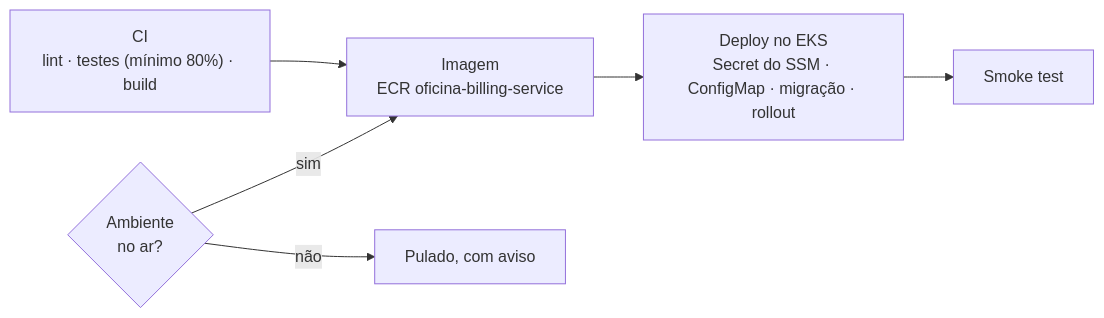
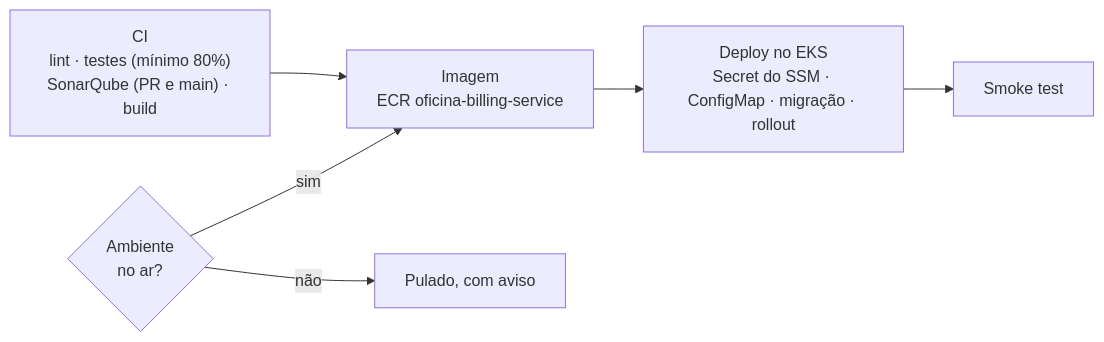
The fourth of 4 diagrams in README.md (fiap-soat-oficina-tech-challenge/oficina-billing-service), drawn with Mermaid before and after one commit. The commit also changed other lines of this file and 1 other file, not shown here.

First line of the commit message:
docs: evidência de cobertura e SonarQube Cloud no README

````diff
--- a/README.md
+++ b/README.md
@@ -366,14 +377,14 @@
 ```mermaid
 flowchart LR
-    CI["CI<br/>lint · testes (mínimo 80%) · build"]
+    CI["CI<br/>lint · testes (mínimo 80%)<br/>SonarQube (PR e main) · build"]
     AMB{"Ambiente<br/>no ar?"}
     IMG["Imagem<br/>ECR oficina-billing-service"]
     DEP["Deploy no EKS<br/>Secret do SSM · ConfigMap · migração · rollout"]
     SMK["Smoke test"]
     PULA["Pulado, com aviso"]
 
     CI --> IMG
     AMB -->|sim| IMG
     AMB -->|não| PULA
     IMG --> DEP --> SMK
 ```
````
